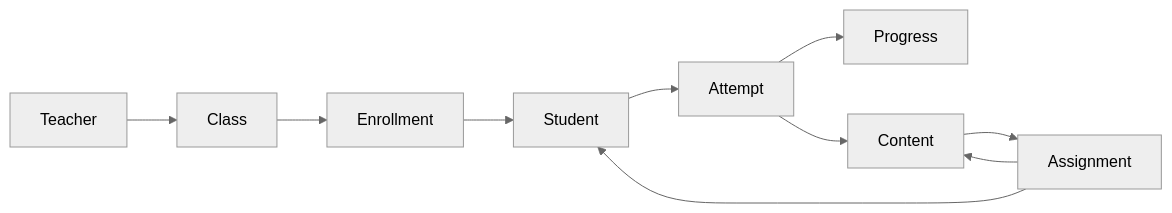
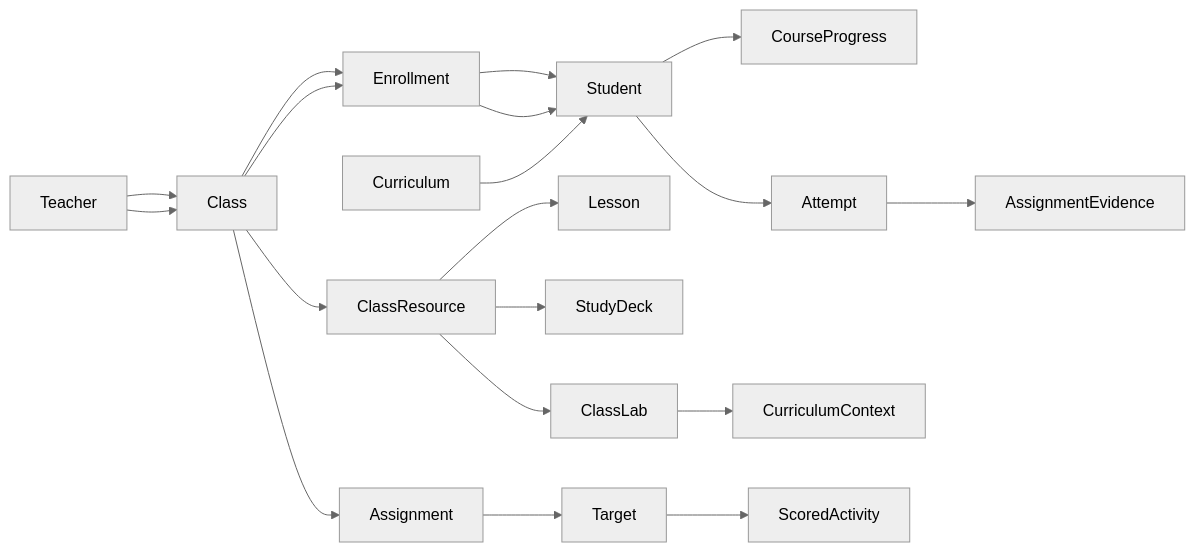
One commit to hoangnick6969/BE-NexaLab changed the second of 2 diagrams in _bmad-output/planning-artifacts/architecture-spine-nexalab-release-1/ARCHITECTURE-SPINE.md. Above: the diagram before and after it, drawn with Mermaid (neutral theme). The commit also changed other lines of this file and 22 other files, not shown here.

````diff
--- a/_bmad-output/planning-artifacts/architecture-spine-nexalab-release-1/ARCHITECTURE-SPINE.md
+++ b/_bmad-output/planning-artifacts/architecture-spine-nexalab-release-1/ARCHITECTURE-SPINE.md
@@ -60,8 +60,12 @@
 ```mermaid
 flowchart LR
   Teacher --> Class --> Enrollment --> Student
-  Content --> Assignment --> Student
-  Student --> Attempt --> Progress
-  Assignment --> Content
-  Attempt --> Content
+  Curriculum --> Student --> CourseProgress
+  Teacher --> Class --> Enrollment --> Student
+  Class --> ClassResource --> Lesson
+  ClassResource --> StudyDeck
+  ClassResource --> ClassLab
+  ClassLab --> CurriculumContext
+  Class --> Assignment --> Target --> ScoredActivity
+  Student --> Attempt --> AssignmentEvidence
 ```
````
